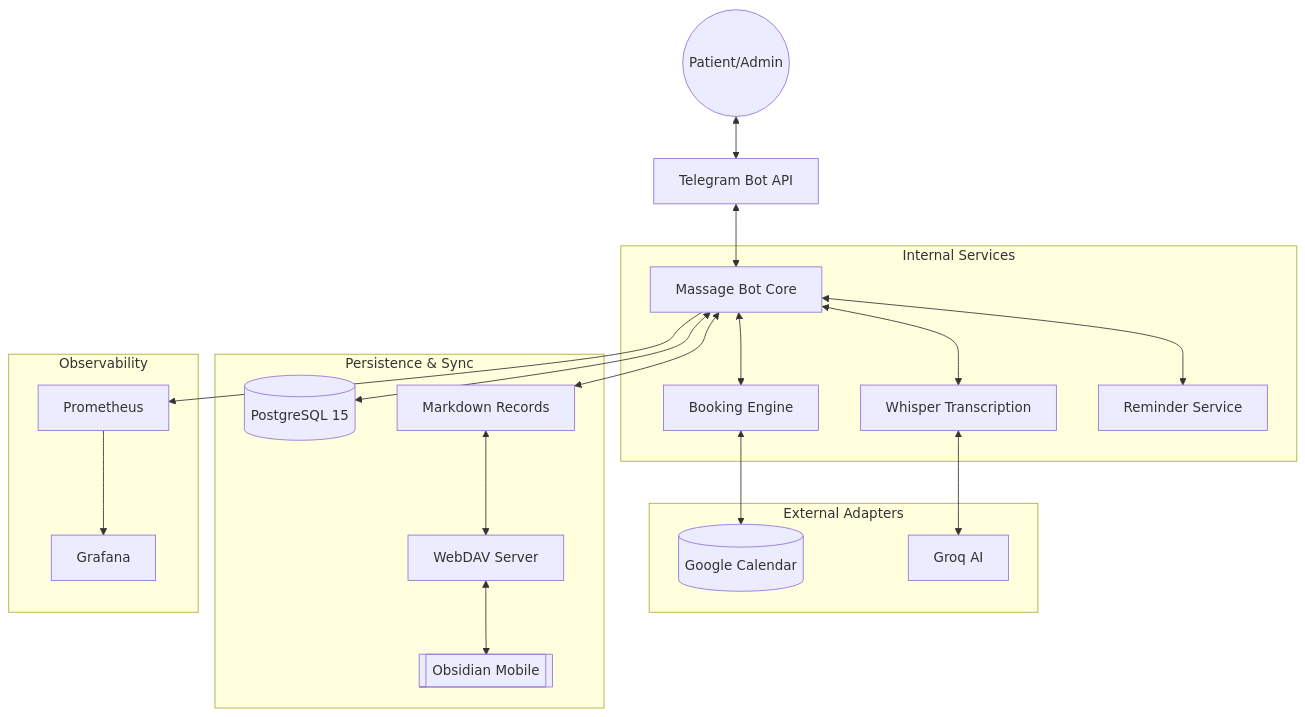
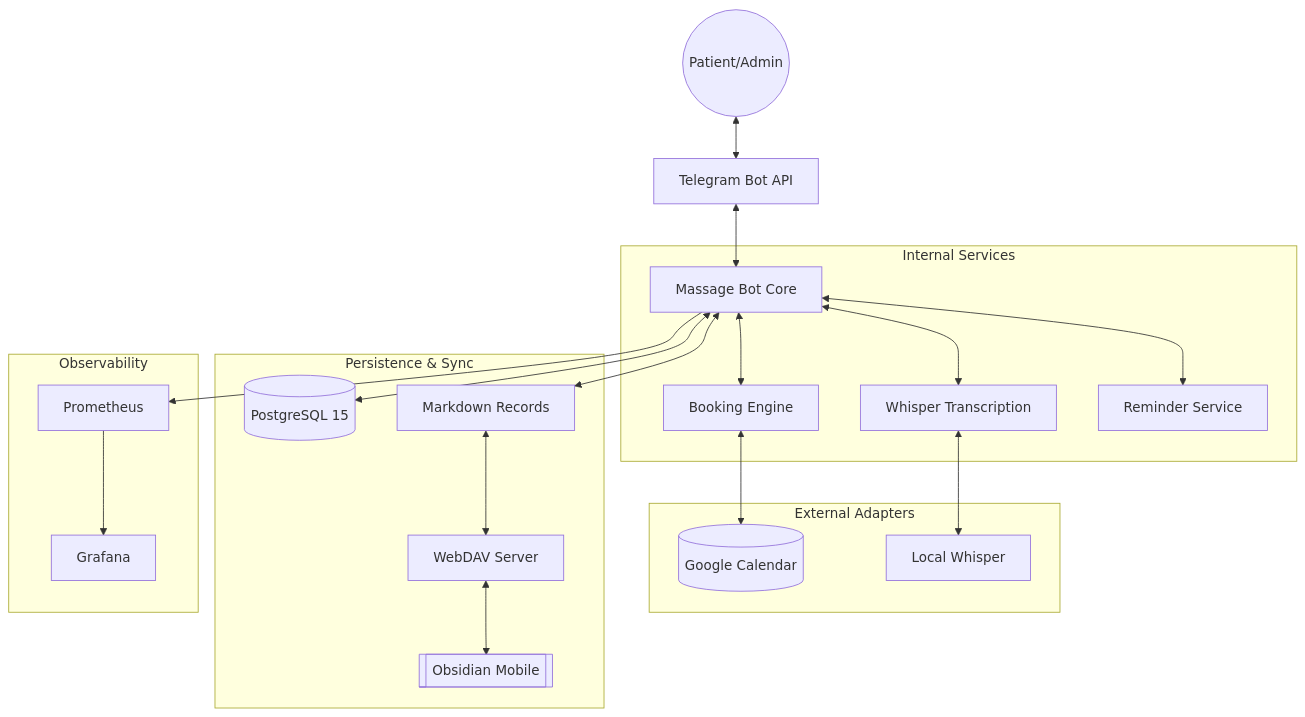
One commit to kfilin/massage-bot changed the diagram in README.md. Above: the diagram before and after it, drawn with Mermaid. The commit also changed other lines of this file and 12 other files, not shown here.

First line of the commit message:
switch: Groq Whisper API -> self-hosted faster-whisper on Docker network

````diff
--- a/README.md
+++ b/README.md
@@ -92,28 +92,28 @@
 ```mermaid
 graph TD
     User((Patient/Admin)) <--> TG[Telegram Bot API]
     TG <--> App[Massage Bot Core]
 
     subgraph "Internal Services"
         App <--> Booking[Booking Engine]
         App <--> Trans[Whisper Transcription]
         App <--> Remind[Reminder Service]
     end
 
     subgraph "External Adapters"
         Booking <--> Google[(Google Calendar)]
-        Trans <--> Groq[Groq AI]
+        Trans <--> Whisper[Local Whisper]
     end
 
     subgraph "Persistence & Sync"
         App <--> DB[(PostgreSQL 15)]
         App <--> MD[Markdown Records]
         MD <--> WebDAV[WebDAV Server]
         WebDAV <--> Obsidian[[Obsidian Mobile]]
     end
 
     subgraph "Observability"
         App --> Prom[Prometheus]
         Prom --> Graf[Grafana]
     end
 ```
````
